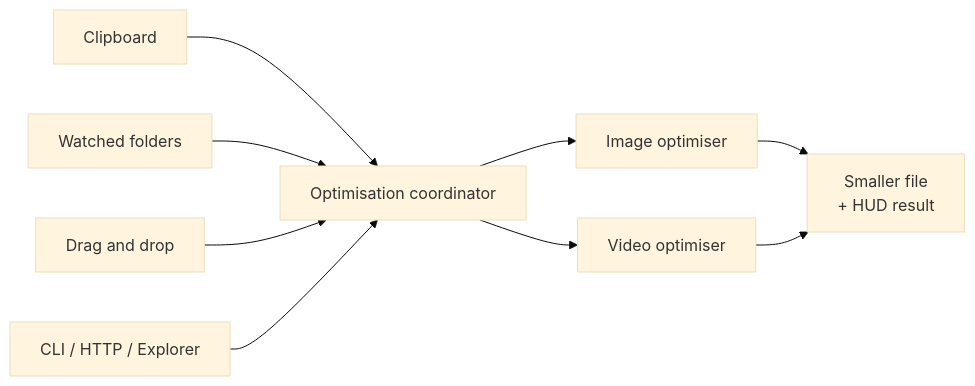
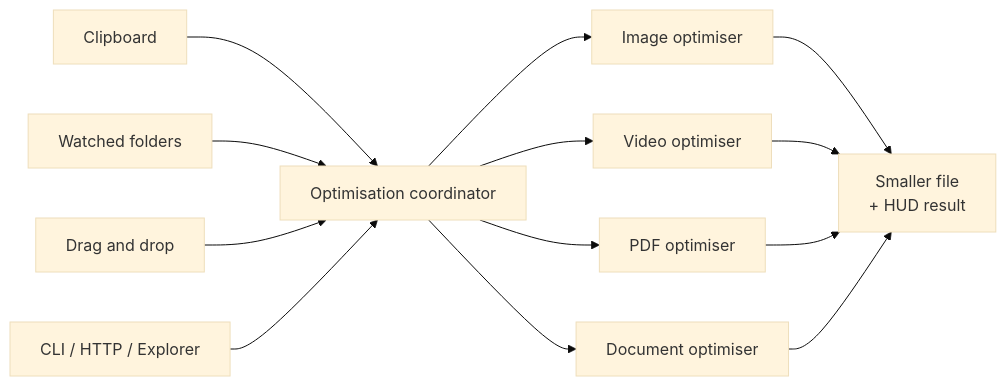
Before and after one commit to Cosmos-0118/Squish: the diagram in README.md, drawn with Mermaid (base theme). The commit also changed other lines of this file and 4 other files, not shown here.

Commit message:
Document PDF and document optimisation (pipeline notes, CLI, README, dependencies)

````diff
--- a/README.md
+++ b/README.md
@@ -138,11 +140,15 @@
 ```mermaid
 flowchart LR
     A[Clipboard] --> E
     B[Watched folders] --> E
     C[Drag and drop] --> E
     D[CLI / HTTP / Explorer] --> E
     E[Optimisation coordinator] --> F[Image optimiser]
     E --> G[Video optimiser]
+    E --> P[PDF optimiser]
+    E --> O[Document optimiser]
     F --> H[Smaller file<br/>+ HUD result]
     G --> H
+    P --> H
+    O --> H
 ```
````
